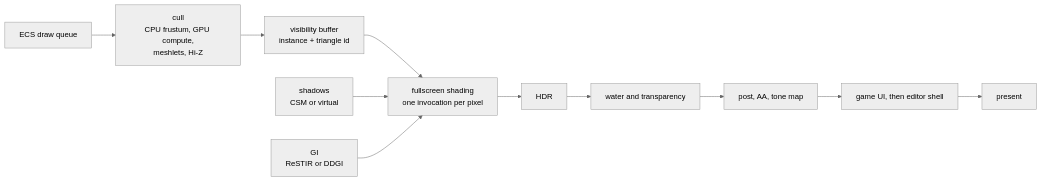
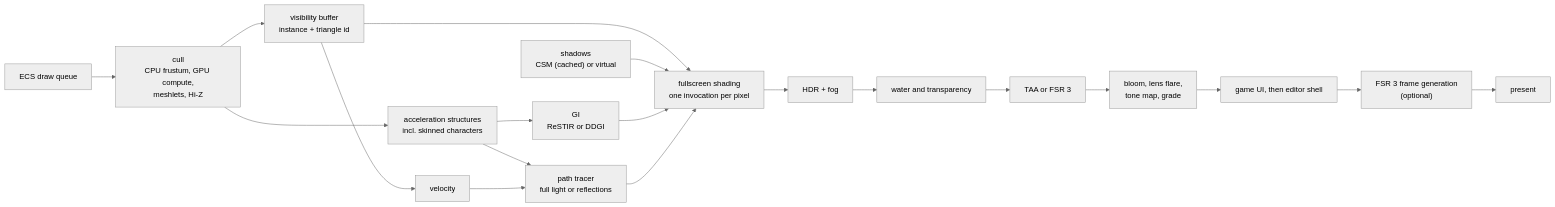
One commit to ReanSchwarzer1/SomniumEngine changed the second of 3 diagrams in README.md. Above: the diagram before and after it, drawn with Mermaid (neutral theme). The commit also changed other lines of this file and 1 other file, not shown here.

````diff
--- a/README.md
+++ b/README.md
@@ -332,13 +354,21 @@
 ```mermaid
 flowchart LR
     ECS["ECS draw queue"] --> CULL["cull<br/>CPU frustum, GPU compute,<br/>meshlets, Hi-Z"]
     CULL --> VIS["visibility buffer<br/>instance + triangle id"]
     VIS --> SHADE["fullscreen shading<br/>one invocation per pixel"]
-    SHADOW["shadows<br/>CSM or virtual"] --> SHADE
-    GI["GI<br/>ReSTIR or DDGI"] --> SHADE
-    SHADE --> HDR["HDR"]
+    CULL --> AS["acceleration structures<br/>incl. skinned characters"]
+    SHADOW["shadows<br/>CSM (cached) or virtual"] --> SHADE
+    AS --> GI["GI<br/>ReSTIR or DDGI"]
+    GI --> SHADE
+    AS --> PT["path tracer<br/>full light or reflections"]
+    VIS --> VEL["velocity"]
+    VEL --> PT
+    PT --> SHADE
+    SHADE --> HDR["HDR + fog"]
     HDR --> WATER["water and transparency"]
-    WATER --> POST["post, AA, tone map"]
+    WATER --> AA["TAA or FSR 3"]
+    AA --> POST["bloom, lens flare,<br/>tone map, grade"]
     POST --> UIP["game UI, then editor shell"]
-    UIP --> OUT["present"]
+    UIP --> FG["FSR 3 frame generation<br/>(optional)"]
+    FG --> OUT["present"]
 ```
````
